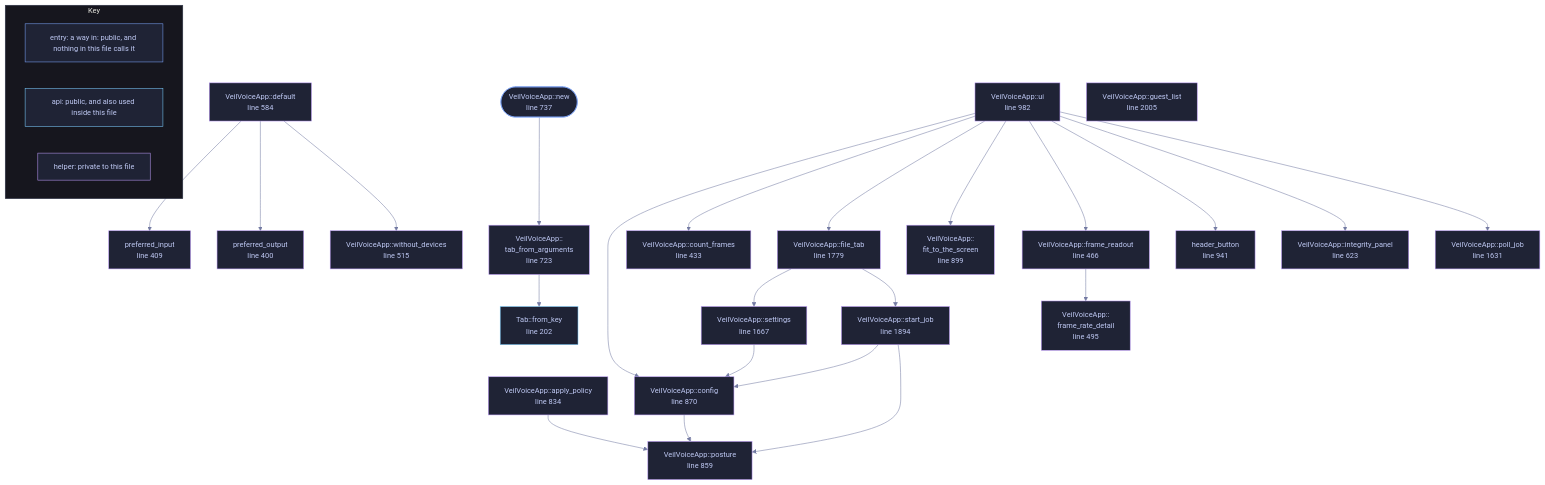
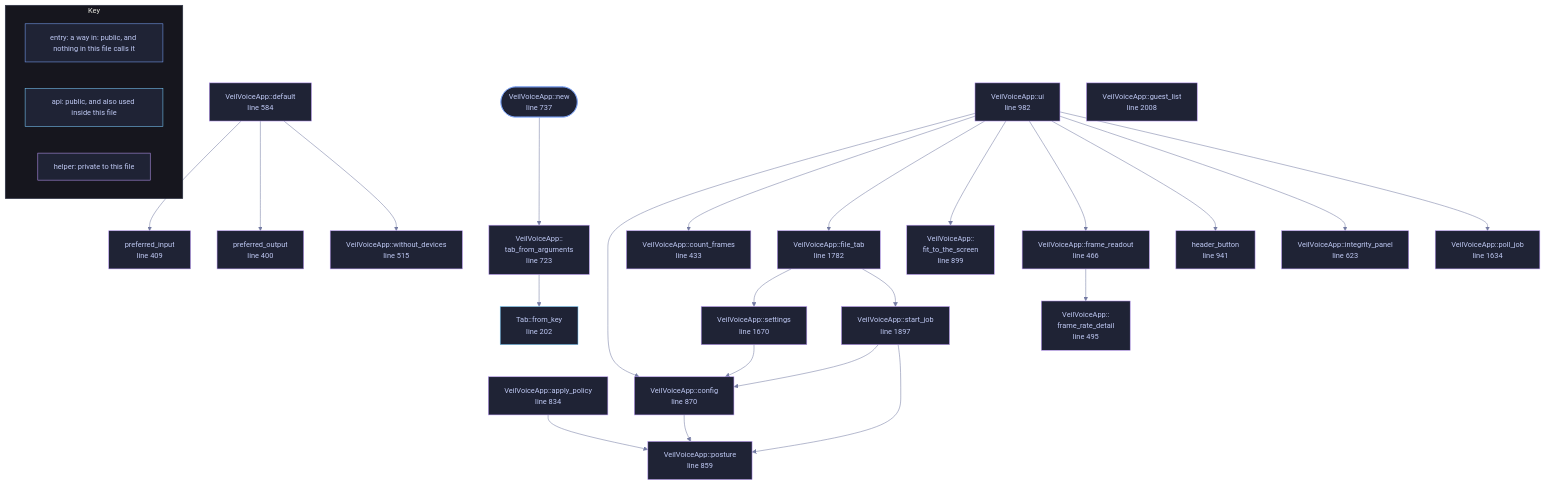
One commit to tilas01/veilvoice changed the diagram in docs/files/veilvoice-gui/app.md. Above: the diagram before and after it, drawn with Mermaid. The commit also changed other lines of this file and 80 other files, not shown here.

```diff
--- a/docs/files/veilvoice-gui/app.md
+++ b/docs/files/veilvoice-gui/app.md
@@ -209,11 +209,11 @@
     n_fit_to_the_screen["VeilVoiceApp::<br/>fit_to_the_screen<br/>line 899"]
     n_header_button["header_button<br/>line 941"]
     n_ui["VeilVoiceApp::ui<br/>line 982"]
-    n_poll_job["VeilVoiceApp::poll_job<br/>line 1631"]
-    n_settings["VeilVoiceApp::settings<br/>line 1667"]
-    n_file_tab["VeilVoiceApp::file_tab<br/>line 1779"]
-    n_start_job["VeilVoiceApp::start_job<br/>line 1894"]
-    n_guest_list["VeilVoiceApp::guest_list<br/>line 2005"]
+    n_poll_job["VeilVoiceApp::poll_job<br/>line 1634"]
+    n_settings["VeilVoiceApp::settings<br/>line 1670"]
+    n_file_tab["VeilVoiceApp::file_tab<br/>line 1782"]
+    n_start_job["VeilVoiceApp::start_job<br/>line 1897"]
+    n_guest_list["VeilVoiceApp::guest_list<br/>line 2008"]
     n_apply_policy --> n_posture
     n_config --> n_posture
     n_default --> n_preferred_input
@@ -252,11 +252,11 @@
     click n_fit_to_the_screen href "https://github.com/tilas01/veilvoice/blob/main/crates/veilvoice-gui/src/app.rs#L899" "open the source"
     click n_header_button href "https://github.com/tilas01/veilvoice/blob/main/crates/veilvoice-gui/src/app.rs#L941" "open the source"
     click n_ui href "https://github.com/tilas01/veilvoice/blob/main/crates/veilvoice-gui/src/app.rs#L982" "open the source"
-    click n_poll_job href "https://github.com/tilas01/veilvoice/blob/main/crates/veilvoice-gui/src/app.rs#L1631" "open the source"
-    click n_settings href "https://github.com/tilas01/veilvoice/blob/main/crates/veilvoice-gui/src/app.rs#L1667" "open the source"
-    click n_file_tab href "https://github.com/tilas01/veilvoice/blob/main/crates/veilvoice-gui/src/app.rs#L1779" "open the source"
-    click n_start_job href "https://github.com/tilas01/veilvoice/blob/main/crates/veilvoice-gui/src/app.rs#L1894" "open the source"
-    click n_guest_list href "https://github.com/tilas01/veilvoice/blob/main/crates/veilvoice-gui/src/app.rs#L2005" "open the source"
+    click n_poll_job href "https://github.com/tilas01/veilvoice/blob/main/crates/veilvoice-gui/src/app.rs#L1634" "open the source"
+    click n_settings href "https://github.com/tilas01/veilvoice/blob/main/crates/veilvoice-gui/src/app.rs#L1670" "open the source"
+    click n_file_tab href "https://github.com/tilas01/veilvoice/blob/main/crates/veilvoice-gui/src/app.rs#L1782" "open the source"
+    click n_start_job href "https://github.com/tilas01/veilvoice/blob/main/crates/veilvoice-gui/src/app.rs#L1897" "open the source"
+    click n_guest_list href "https://github.com/tilas01/veilvoice/blob/main/crates/veilvoice-gui/src/app.rs#L2008" "open the source"
     classDef entry fill:#1f2335,stroke:#7aa2f7,color:#c0caf5
     class n_new entry
     classDef api fill:#1f2335,stroke:#7dcfff,color:#c0caf5
```
